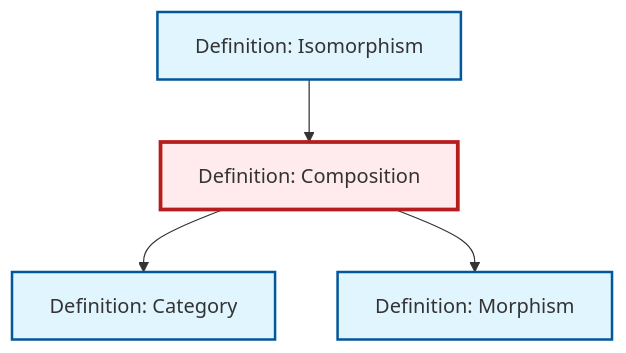
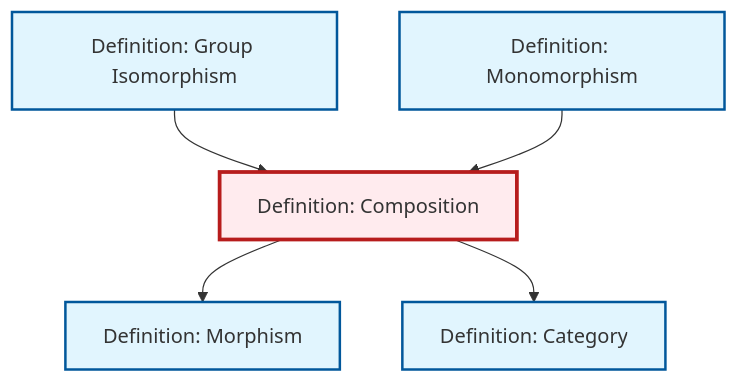
One commit to RK0429/ModernMath changed the diagram in content/en/category-theory/def-composition.qmd. Above: the diagram before and after it, drawn with Mermaid. The commit also changed other lines of this file and 581 other files, not shown here.

````diff
--- a/content/en/category-theory/def-composition.qmd
+++ b/content/en/category-theory/def-composition.qmd
@@ -92,20 +92,23 @@
 ```{mermaid}
 %%| fig-cap: "Local dependency graph"
 graph TD
     classDef definition fill:#e1f5fe,stroke:#01579b,stroke-width:2px
     classDef theorem fill:#f3e5f5,stroke:#4a148c,stroke-width:2px
     classDef axiom fill:#fff3e0,stroke:#e65100,stroke-width:2px
     classDef example fill:#e8f5e9,stroke:#1b5e20,stroke-width:2px
     classDef current fill:#ffebee,stroke:#b71c1c,stroke-width:3px
+    def-morphism["Definition: Morphism"]:::definition
     def-category["Definition: Category"]:::definition
-    def-isomorphism["Definition: Isomorphism"]:::definition
-    def-morphism["Definition: Morphism"]:::definition
+    def-monomorphism["Definition: Monomorphism"]:::definition
+    def-isomorphism["Definition: Group Isomorphism"]:::definition
     def-composition["Definition: Composition"]:::definition
+    def-composition --> def-morphism
     def-isomorphism --> def-composition
+    def-monomorphism --> def-composition
     def-composition --> def-category
-    def-composition --> def-morphism
     class def-composition current
+    click def-morphism "def-morphism.html" "Go to Morphism definition"
     click def-category "def-category.html" "Go to Category definition"
-    click def-isomorphism "def-isomorphism.html" "Go to Isomorphism definition"
-    click def-morphism "def-morphism.html" "Go to Morphism definition"
+    click def-monomorphism "def-monomorphism.html" "Go to Monomorphism definition"
+    click def-isomorphism "def-isomorphism.html" "Go to Group Isomorphism definition"
 ```
````
